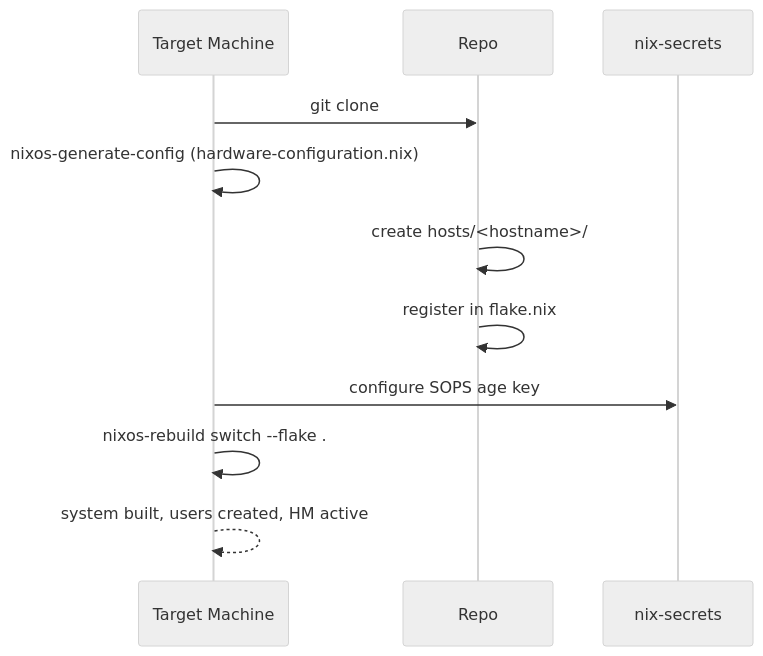
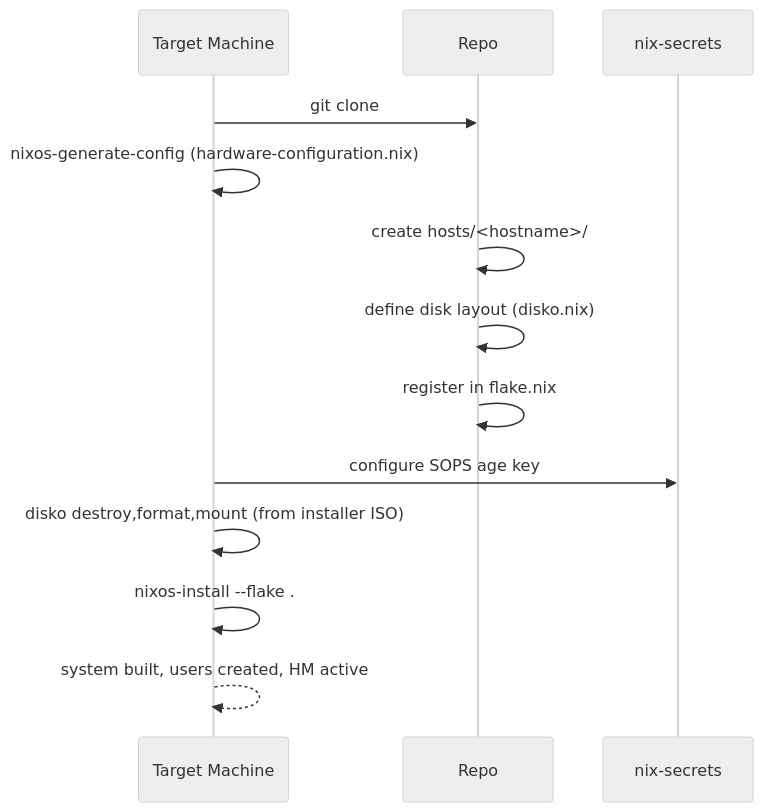
The diagram in docs/tutorial-provision-host.md (telometto/nix-config), drawn with Mermaid (neutral theme) before and after one commit. The commit also changed other lines of this file and 13 other files, not shown here.

````diff
--- a/docs/tutorial-provision-host.md
+++ b/docs/tutorial-provision-host.md
@@ -7,14 +7,16 @@
 ```mermaid
 sequenceDiagram
     participant M as Target Machine
     participant R as Repo
     participant S as nix-secrets
 
     M->>R: git clone
     M->>M: nixos-generate-config (hardware-configuration.nix)
     R->>R: create hosts/<hostname>/
+    R->>R: define disk layout (disko.nix)
     R->>R: register in flake.nix
     M->>S: configure SOPS age key
-    M->>M: nixos-rebuild switch --flake .#<hostname>
+    M->>M: disko destroy,format,mount (from installer ISO)
+    M->>M: nixos-install --flake .#<hostname>
     M-->>M: system built, users created, HM active
 ```
````
